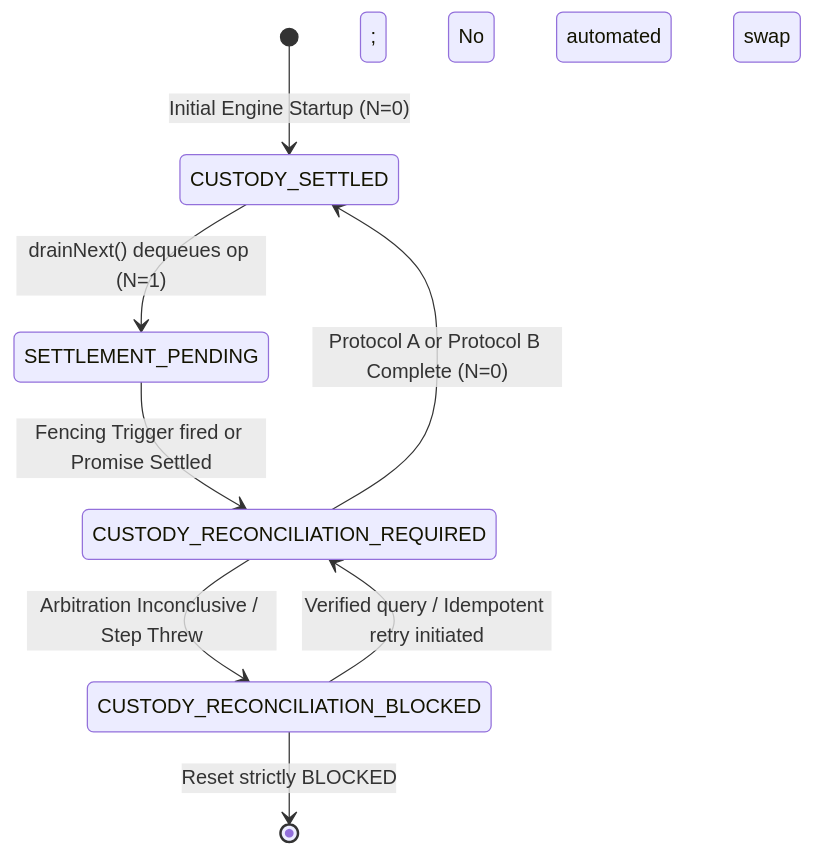
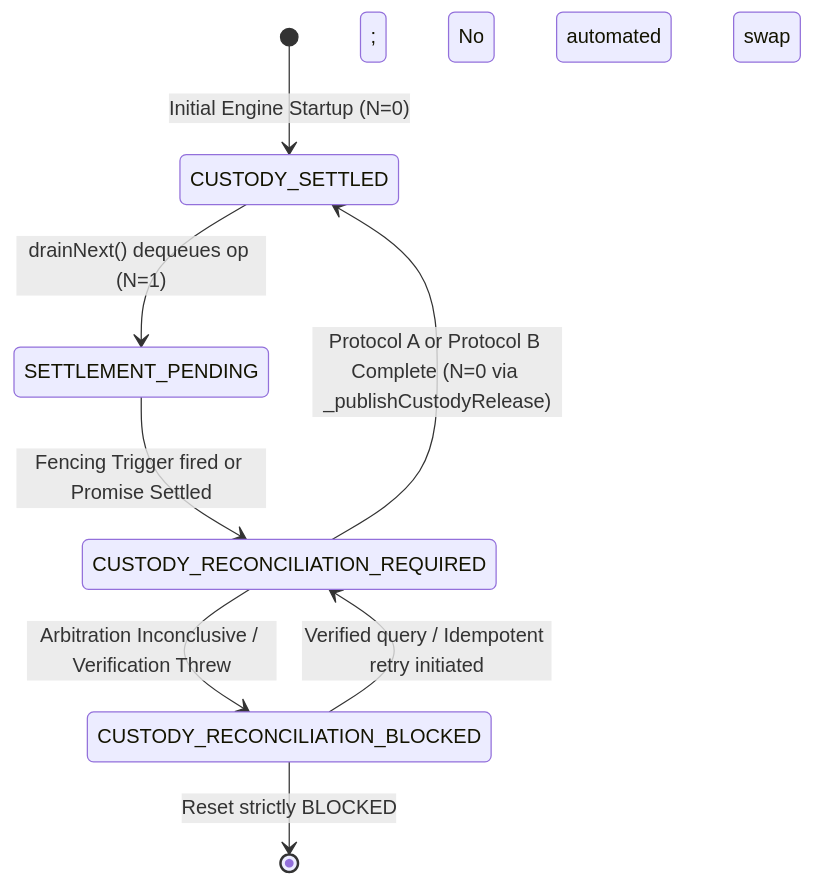
Before and after one commit to Tejdeepakchandra/SyncPlay_Protocol: the diagram in docs/PHASE7_5_M5_0_R18_CONCURRENT_RECOVERY_ARBITRATION_DECISION.md, drawn with Mermaid. The commit also changed other lines of this file, not shown here.

Commit message:
docs(phase-7.5-m5.0): r18-r7 immutable retry identity, atomic custody release and generation-floor semantics

````diff
--- a/docs/PHASE7_5_M5_0_R18_CONCURRENT_RECOVERY_ARBITRATION_DECISION.md
+++ b/docs/PHASE7_5_M5_0_R18_CONCURRENT_RECOVERY_ARBITRATION_DECISION.md
@@ -458,14 +474,14 @@
 ```mermaid
 stateDiagram-v2
     [*] --> CUSTODY_SETTLED: Initial Engine Startup (N=0)
 
     CUSTODY_SETTLED --> SETTLEMENT_PENDING: drainNext() dequeues op (N=1)
 
     SETTLEMENT_PENDING --> CUSTODY_RECONCILIATION_REQUIRED: Fencing Trigger fired or Promise Settled
 
-    CUSTODY_RECONCILIATION_REQUIRED --> CUSTODY_SETTLED: Protocol A or Protocol B Complete (N=0)
-    CUSTODY_RECONCILIATION_REQUIRED --> CUSTODY_RECONCILIATION_BLOCKED: Arbitration Inconclusive / Step Threw
+    CUSTODY_RECONCILIATION_REQUIRED --> CUSTODY_SETTLED: Protocol A or Protocol B Complete (N=0 via _publishCustodyRelease)
+    CUSTODY_RECONCILIATION_REQUIRED --> CUSTODY_RECONCILIATION_BLOCKED: Arbitration Inconclusive / Verification Threw
 
     CUSTODY_RECONCILIATION_BLOCKED --> CUSTODY_RECONCILIATION_REQUIRED: Verified query / Idempotent retry initiated
     CUSTODY_RECONCILIATION_BLOCKED --> [*]: Reset strictly BLOCKED; No automated root swap
 ```
````
